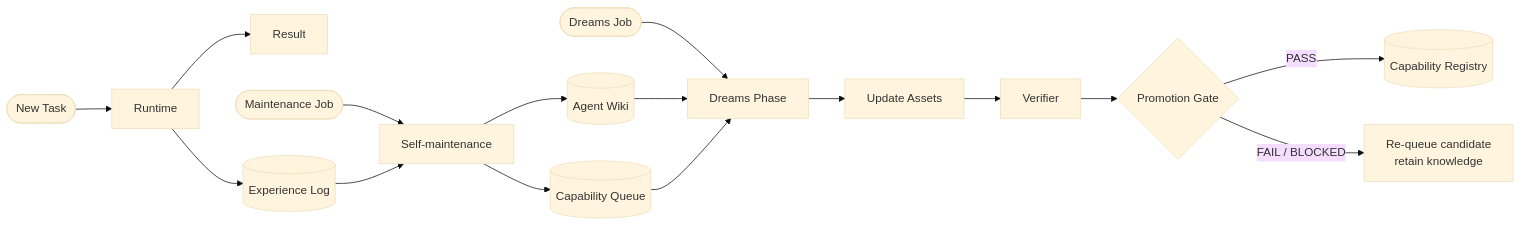
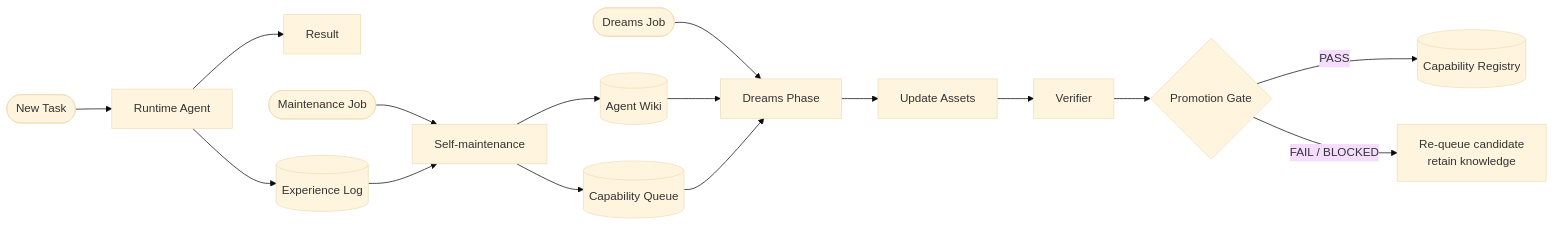
Before and after one commit to nazarenodefrancesc/open-capability: the diagram in README.md, drawn with Mermaid (base theme). The commit also changed other lines of this file, not shown here.

Commit message:
Reorder README and clarify runtime agent

````diff
--- a/README.md
+++ b/README.md
@@ -37,23 +37,23 @@
 ```mermaid
 flowchart LR
 
-    T([New Task]) --> R[Runtime]
+    T([New Task]) --> R[Runtime Agent]
     R --> O[Result]
     R --> E[(Experience Log)]
 
     MJ([Maintenance Job]) --> M[Self-maintenance]
     E --> M
     M --> W[(Agent Wiki)]
     M --> Q[(Capability Queue)]
 
     DJ([Dreams Job]) --> D[Dreams Phase]
     W --> D
     Q --> D
 
     D --> B[Update Assets]
     B --> V[Verifier]
     V --> G{Promotion Gate}
 
     G -->|PASS| C[(Capability Registry)]
     G -->|FAIL / BLOCKED| F[Re-queue candidate<br/>retain knowledge]
 ```
````
